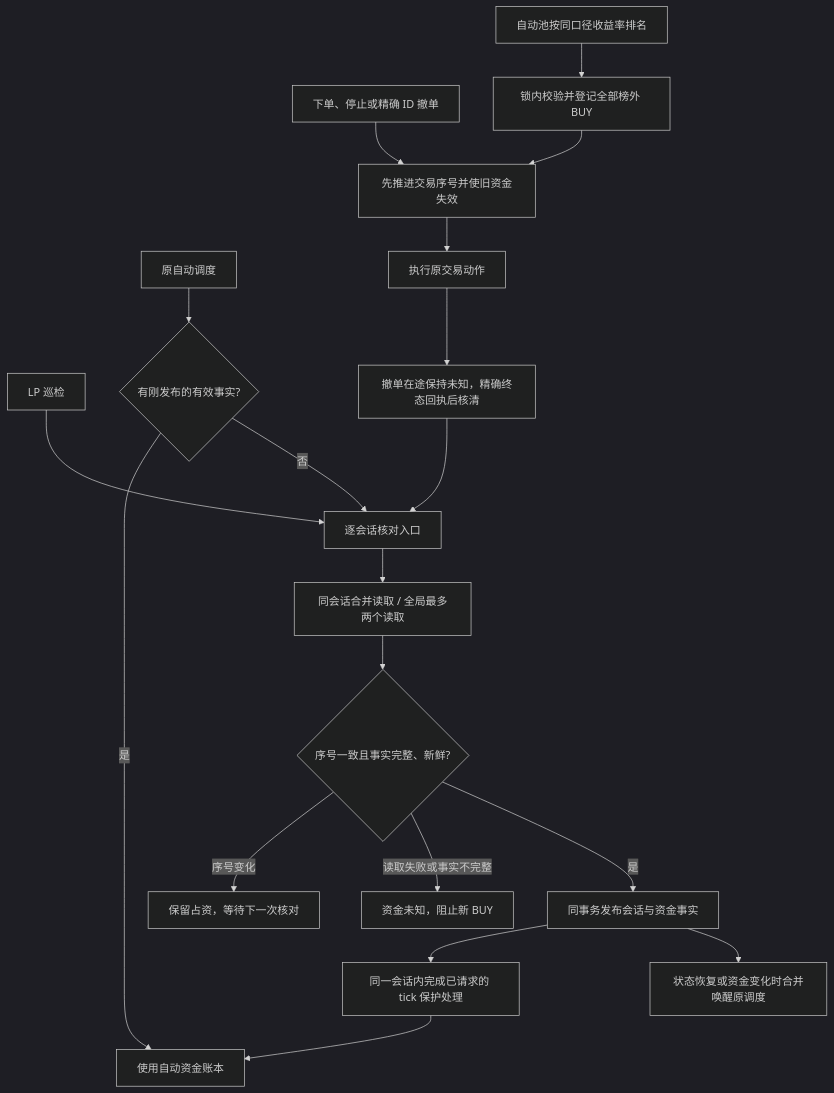
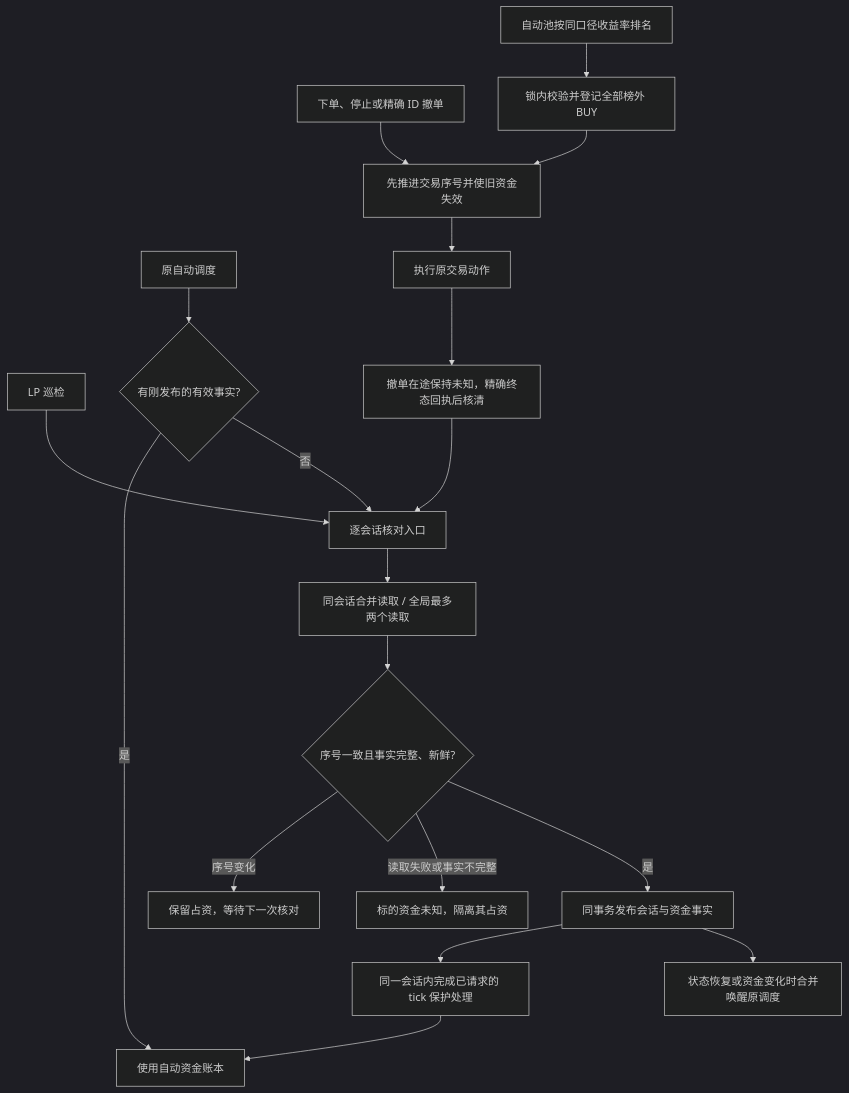
The diagram in docs/contexts/prediction-arbitrage/CONTEXT.md (raymizzou/open_trader), drawn with Mermaid (dark theme) before and after one commit. The commit also changed other lines of this file and 11 other files, not shown here.

````diff
--- a/docs/contexts/prediction-arbitrage/CONTEXT.md
+++ b/docs/contexts/prediction-arbitrage/CONTEXT.md
@@ -105,21 +105,21 @@
 ```mermaid
 flowchart TD
     Tick[LP 巡检] --> Shared[逐会话核对入口]
     Auto[原自动调度] --> Fresh{有刚发布的有效事实?}
     Fresh -->|是| Ledger[使用自动资金账本]
     Fresh -->|否| Shared
     Shared --> Read[同会话合并读取 / 全局最多两个读取]
     Change[下单、停止或精确 ID 撤单] --> Fence[先推进交易序号并使旧资金失效]
     Rank[自动池按同口径收益率排名] --> Batch[锁内校验并登记全部榜外 BUY]
     Batch --> Fence
     Fence --> Send[执行原交易动作]
     Send --> Pending[撤单在途保持未知，精确终态回执后核清]
     Pending --> Shared
     Read --> Check{序号一致且事实完整、新鲜?}
     Check -->|序号变化| Retry[保留占资，等待下一次核对]
-    Check -->|读取失败或事实不完整| Unknown[资金未知，阻止新 BUY]
+    Check -->|读取失败或事实不完整| Unknown[标的资金未知，隔离其占资]
     Check -->|是| Publish[同事务发布会话与资金事实]
     Publish --> Monitor[同一会话内完成已请求的 tick 保护处理]
     Monitor --> Ledger
     Publish --> Wake[状态恢复或资金变化时合并唤醒原调度]
 ```
````
